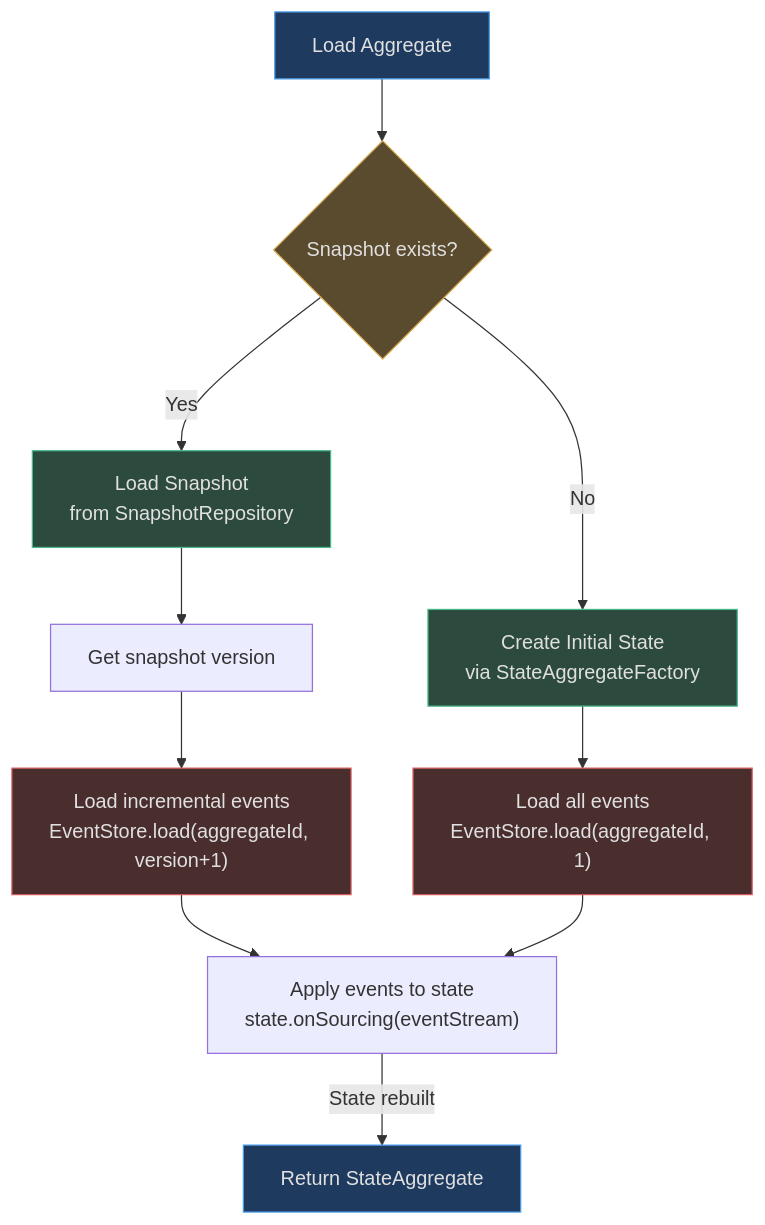
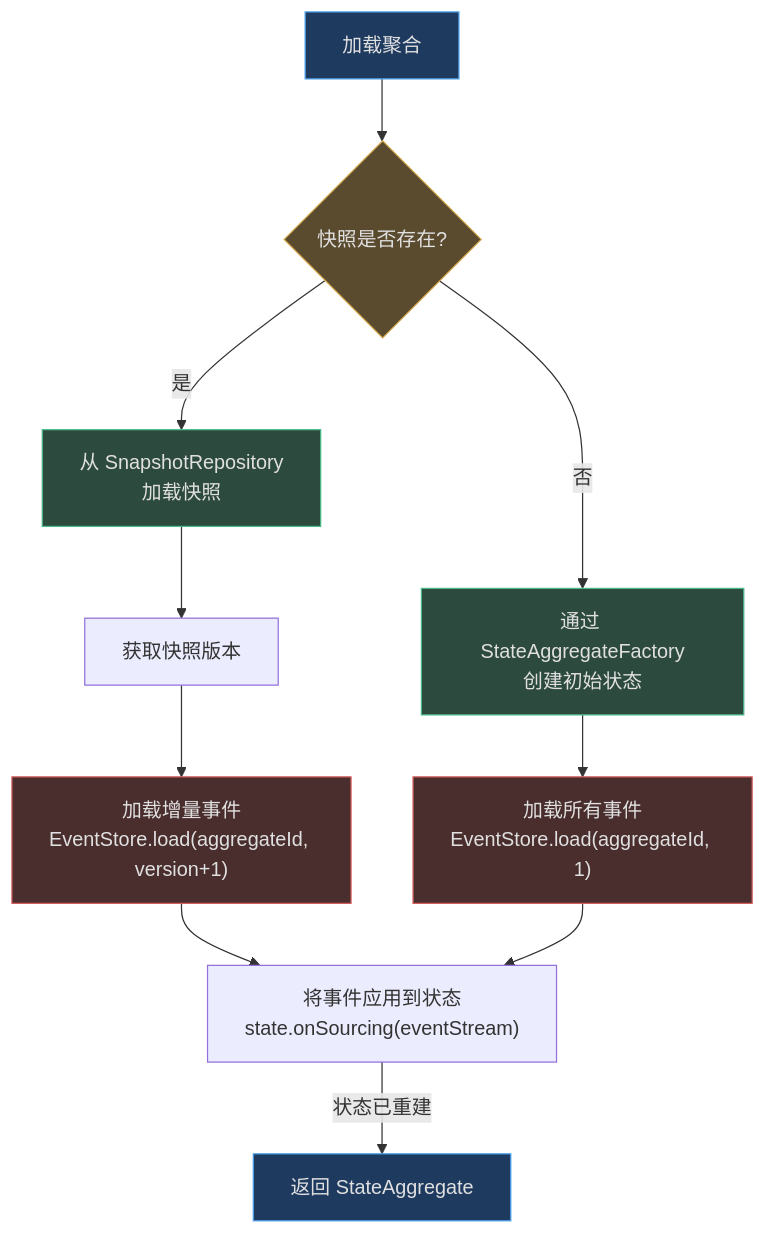
Before and after one commit to Ahoo-Wang/Wow: the fifth of 6 diagrams in documentation/docs/zh/guide/advanced/architecture.md, drawn with Mermaid. The commit also changed other lines of this file and 11 other files, not shown here.

````diff
--- a/documentation/docs/zh/guide/advanced/architecture.md
+++ b/documentation/docs/zh/guide/advanced/architecture.md
@@ -282,20 +282,20 @@
 ```mermaid
 flowchart TD
-    A["Load Aggregate"] --> B{"Snapshot exists?"}
-    B -->|"Yes"| C["Load Snapshot<br>from SnapshotRepository"]
-    B -->|"No"| D["Create Initial State<br>via StateAggregateFactory"]
-    C --> E["Get snapshot version"]
-    E --> F["Load incremental events<br>EventStore.load(aggregateId, version+1)"]
-    D --> G["Load all events<br>EventStore.load(aggregateId, 1)"]
-    F --> H["Apply events to state<br>state.onSourcing(eventStream)"]
+    A["加载聚合"] --> B{"快照是否存在?"}
+    B -->|"是"| C["从 SnapshotRepository<br>加载快照"]
+    B -->|"否"| D["通过 StateAggregateFactory<br>创建初始状态"]
+    C --> E["获取快照版本"]
+    E --> F["加载增量事件<br>EventStore.load(aggregateId, version+1)"]
+    D --> G["加载所有事件<br>EventStore.load(aggregateId, 1)"]
+    F --> H["将事件应用到状态<br>state.onSourcing(eventStream)"]
     G --> H
-    H -- "State rebuilt" --> I["Return StateAggregate"]
+    H -- "状态已重建" --> I["返回 StateAggregate"]
 
     style A fill:#1e3a5f,stroke:#4a9eed,color:#e0e0e0
     style B fill:#5a4a2e,stroke:#d4a84b,color:#e0e0e0
     style C fill:#2d4a3e,stroke:#4aba8a,color:#e0e0e0
     style D fill:#2d4a3e,stroke:#4aba8a,color:#e0e0e0
     style F fill:#4a2e2e,stroke:#d45b5b,color:#e0e0e0
     style G fill:#4a2e2e,stroke:#d45b5b,color:#e0e0e0
     style I fill:#1e3a5f,stroke:#4a9eed,color:#e0e0e0
 ```
````
